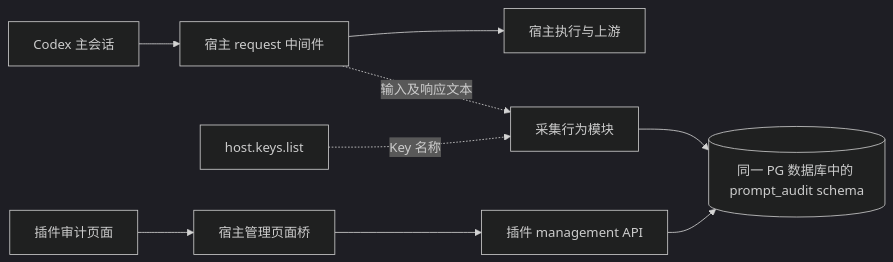
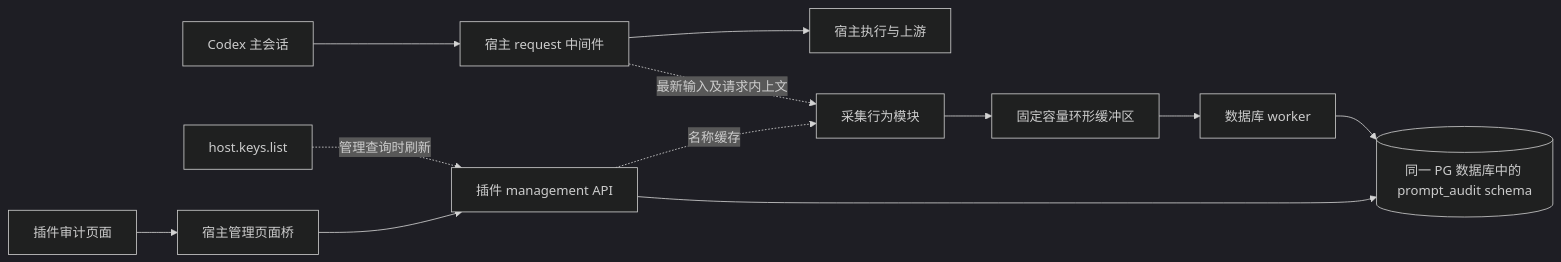
One commit to huweiATgithub/codex-proxy-audit changed the diagram in docs/design.md. Above: the diagram before and after it, drawn with Mermaid (dark theme). The commit also changed other lines of this file and 18 other files, not shown here.

````diff
--- a/docs/design.md
+++ b/docs/design.md
@@ -9,11 +9,14 @@
 ```mermaid
 flowchart LR
     C[Codex 主会话] --> H[宿主 request 中间件]
     H --> U[宿主执行与上游]
-    H -. 输入及响应文本 .-> A[采集行为模块]
-    K[host.keys.list] -. Key 名称 .-> A
-    A --> P[(同一 PG 数据库中的 prompt_audit schema)]
+    H -. 最新输入及请求内上文 .-> A[采集行为模块]
+    A --> Q[固定容量环形缓冲区]
+    Q --> W[数据库 worker]
+    W --> P[(同一 PG 数据库中的 prompt_audit schema)]
+    K[host.keys.list] -. 管理查询时刷新 .-> M
+    M -. 名称缓存 .-> A
     UI[插件审计页面] --> B[宿主管理页面桥]
     B --> M[插件 management API]
     M --> P
 ```
````
